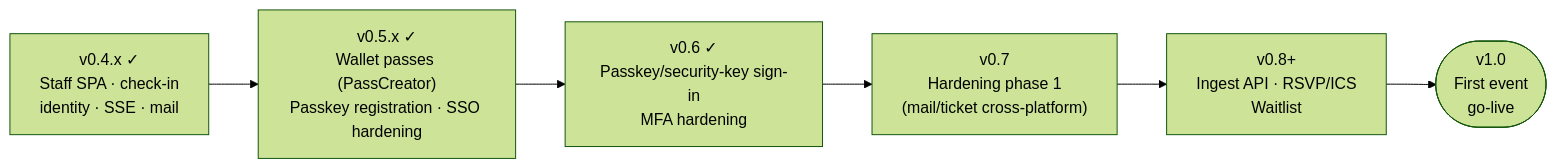
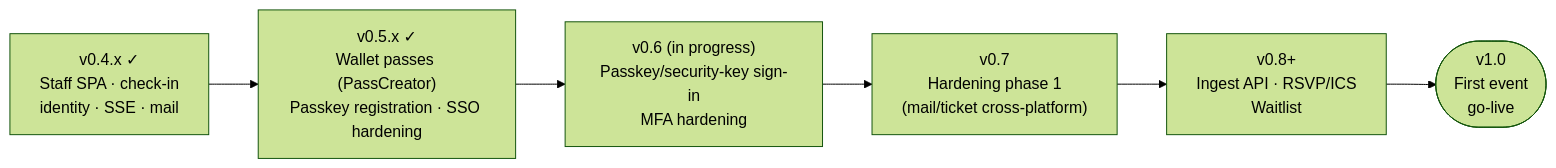
Before and after one commit to solarssk/admitto: the diagram in VERSIONING.md, drawn with Mermaid (forest theme). The commit also changed other lines of this file and 3 other files, not shown here.

````diff
--- a/VERSIONING.md
+++ b/VERSIONING.md
@@ -33,10 +33,10 @@
 ```mermaid
 flowchart LR
     v04["v0.4.x ✓\nStaff SPA · check-in\nidentity · SSE · mail"]
     v05["v0.5.x ✓\nWallet passes (PassCreator)\nPasskey registration · SSO hardening"]
-    v06["v0.6 ✓\nPasskey/security-key sign-in\nMFA hardening"]
+    v06["v0.6 (in progress)\nPasskey/security-key sign-in\nMFA hardening"]
     v07["v0.7\nHardening phase 1\n(mail/ticket cross-platform)"]
     v08["v0.8+\nIngest API · RSVP/ICS\nWaitlist"]
     v10(["v1.0\nFirst event\ngo-live"])
     v04 --> v05 --> v06 --> v07 --> v08 --> v10
 ```
````
